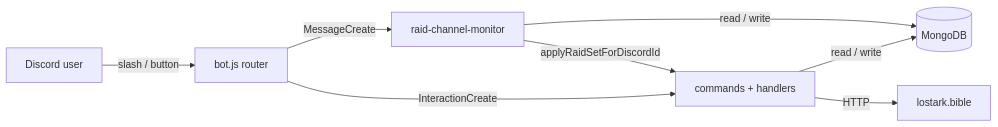
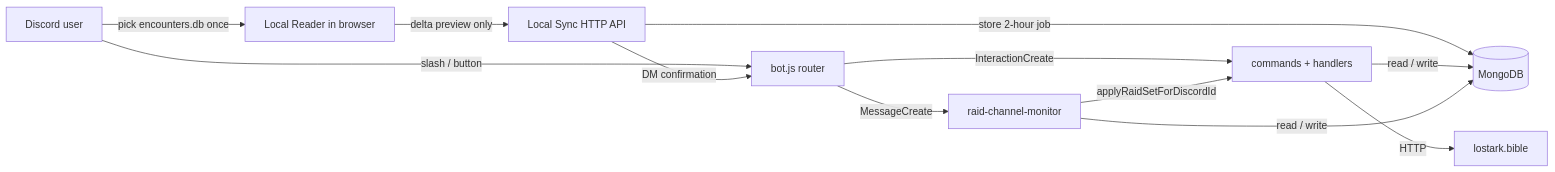
One commit to dreamsofdolls/lostarkbotmanageraid changed the second of 2 diagrams in README.md. Above: the diagram before and after it, drawn with Mermaid. The commit also changed other lines of this file and 46 other files, not shown here.

Commit message:
feat: add world event reminders and Discord local sync

````diff
--- a/README.md
+++ b/README.md
@@ -230,10 +231,14 @@
 ```mermaid
 flowchart LR
   U[Discord user] -->|slash / button| B[bot.js router]
+  U -->|pick encounters.db once| LR[Local Reader in browser]
+  LR -->|delta preview only| API[Local Sync HTTP API]
+  API -->|store 2-hour job| DB
+  API -->|DM confirmation| B
   B -->|InteractionCreate| RC[commands + handlers]
   B -->|MessageCreate| RM[raid-channel-monitor]
   RC -->|read / write| DB[(MongoDB)]
   RM -->|read / write| DB
   RC -->|HTTP| BIB[lostark.bible]
   RM -->|applyRaidSetForDiscordId| RC
 ```
````
